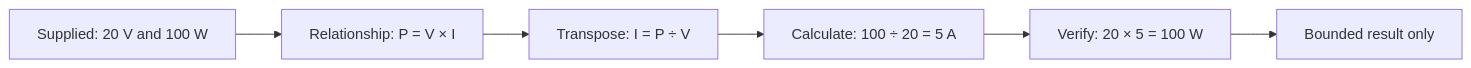
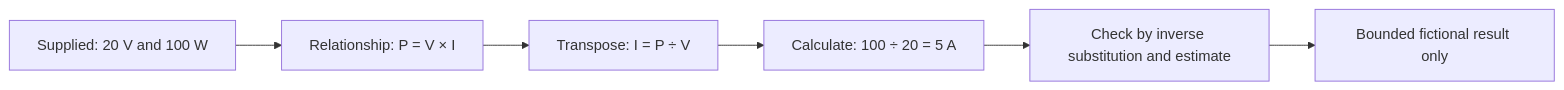
The second of 2 diagrams in docs/learning-plans/12-week/modules/day-08-circuit-quantities-load-reasoning-and-prerequisite-calculation-check.md (andrew3stedall/capstone), drawn with Mermaid before and after one commit. The commit also changed other lines of this file, not shown here.

````diff
--- a/docs/learning-plans/12-week/modules/day-08-circuit-quantities-load-reasoning-and-prerequisite-calculation-check.md
+++ b/docs/learning-plans/12-week/modules/day-08-circuit-quantities-load-reasoning-and-prerequisite-calculation-check.md
@@ -197,8 +206,8 @@
 ```mermaid
 flowchart LR
     S["Supplied: 20 V and 100 W"] --> R["Relationship: P = V × I"]
     R --> T["Transpose: I = P ÷ V"]
     T --> C["Calculate: 100 ÷ 20 = 5 A"]
-    C --> V["Verify: 20 × 5 = 100 W"]
-    V --> B["Bounded result only"]
+    C --> V["Check by inverse substitution and estimate"]
+    V --> B["Bounded fictional result only"]
 ```
````
